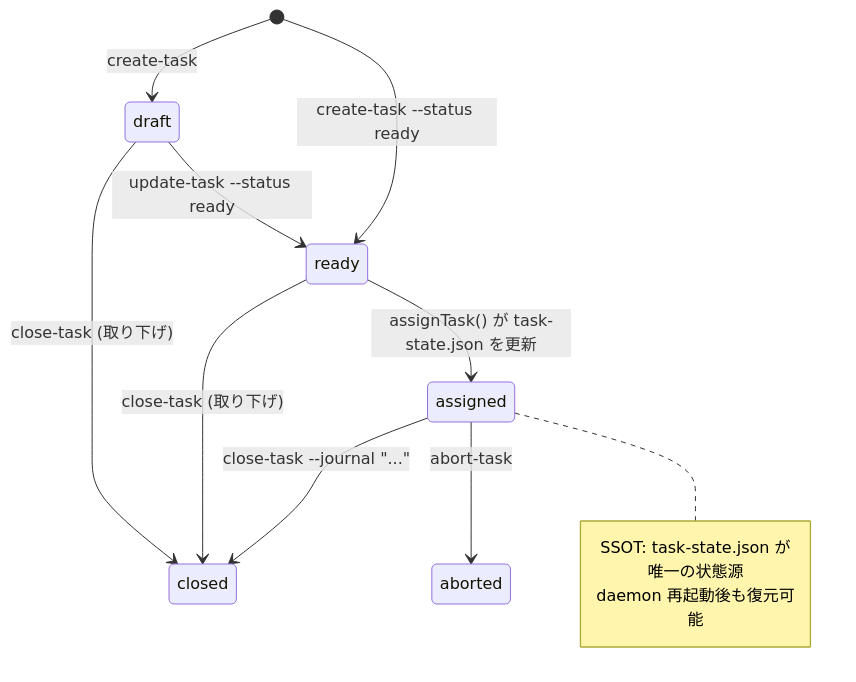
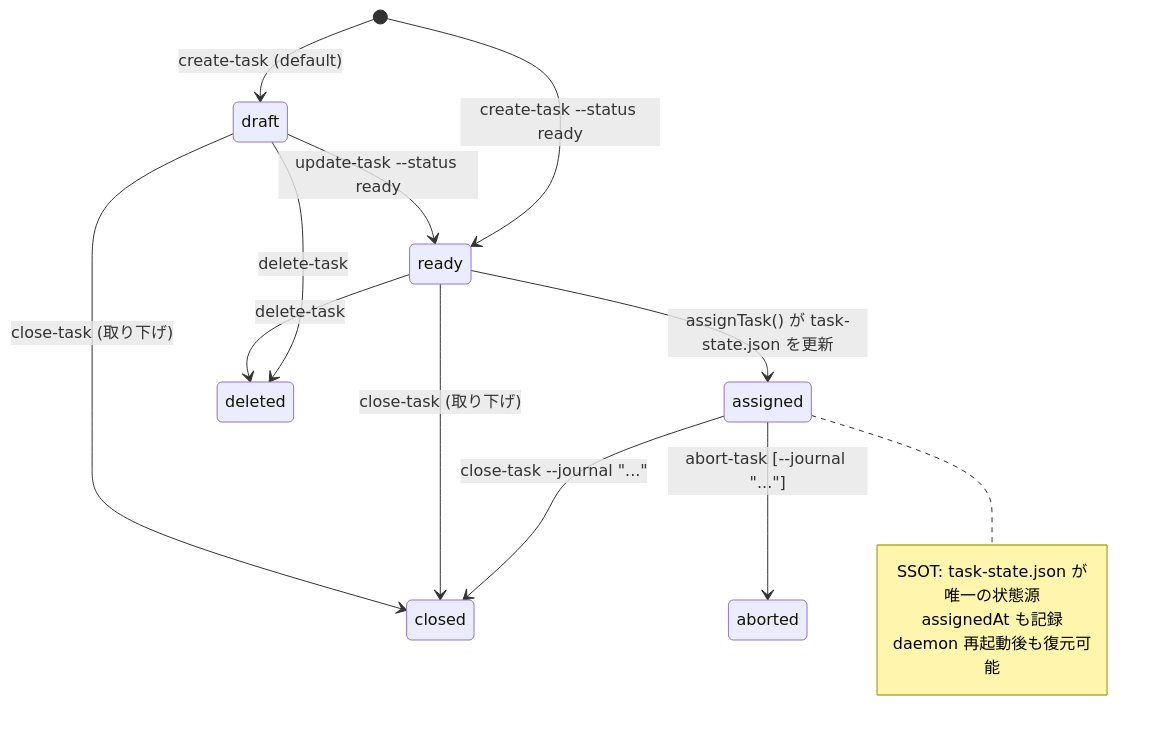
Before and after one commit to hummer98/cmux-team: the diagram in .team/artifacts/A003-task-state-analysis.md, drawn with Mermaid. The commit also changed other lines of this file, not shown here.

````diff
--- a/.team/artifacts/A003-task-state-analysis.md
+++ b/.team/artifacts/A003-task-state-analysis.md
@@ -106,18 +15,22 @@
 ```mermaid
 stateDiagram-v2
-    [*] --> draft : create-task
+    [*] --> draft : create-task (default)
     [*] --> ready : create-task --status ready
 
     draft --> ready : update-task --status ready
+
     ready --> assigned : assignTask() が task-state.json を更新
     assigned --> closed : close-task --journal "..."
-    assigned --> aborted : abort-task
+    assigned --> aborted : abort-task [--journal "..."]
 
     ready --> closed : close-task (取り下げ)
     draft --> closed : close-task (取り下げ)
+    draft --> deleted : delete-task
+    ready --> deleted : delete-task
 
     note right of assigned
         SSOT: task-state.json が唯一の状態源
+        assignedAt も記録
         daemon 再起動後も復元可能
     end note
 ```
````
